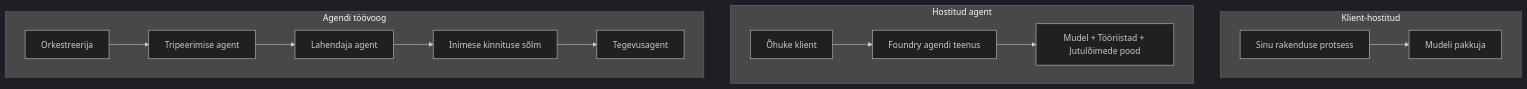
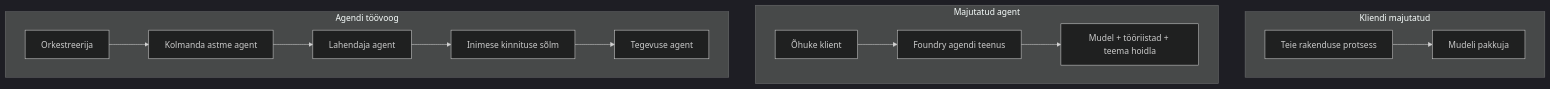
One commit to gabrielmoreira/agent-skills-mirror changed the first of 4 diagrams in mirrors/repos/microsoft@ai-agents-for-beginners/translations/et/16-deploying-scalable-agents/README.md. Above: the diagram before and after it, drawn with Mermaid (dark theme). The commit also changed other lines of this file and 4262 other files, not shown here.

````diff
--- a/mirrors/repos/microsoft@ai-agents-for-beginners/translations/et/16-deploying-scalable-agents/README.md
+++ b/mirrors/repos/microsoft@ai-agents-for-beginners/translations/et/16-deploying-scalable-agents/README.md
@@ -87,16 +87,16 @@
 ```mermaid
 flowchart TB
-    subgraph P1[Klient-hostitud]
-        A1[Sinu rakenduse protsess] --> M1[Mudeli pakkuja]
+    subgraph P1[Kliendi majutatud]
+        A1[Teie rakenduse protsess] --> M1[Mudeli pakkuja]
     end
-    subgraph P2[Hostitud agent]
+    subgraph P2[Majutatud agent]
         A2[Õhuke klient] --> F2[Foundry agendi teenus]
-        F2 --> M2[Mudel + Tööriistad + Jutulõimede pood]
+        F2 --> M2[Mudel + tööriistad + teema hoidla]
     end
     subgraph P3[Agendi töövoog]
-        A3[Orkestreerija] --> S1[Tripeerimise agent]
+        A3[Orkestreerija] --> S1[Kolmanda astme agent]
         S1 --> S2[Lahendaja agent]
         S2 --> H[Inimese kinnituse sõlm]
-        H --> S3[Tegevusagent]
+        H --> S3[Tegevuse agent]
     end
 ```
````
